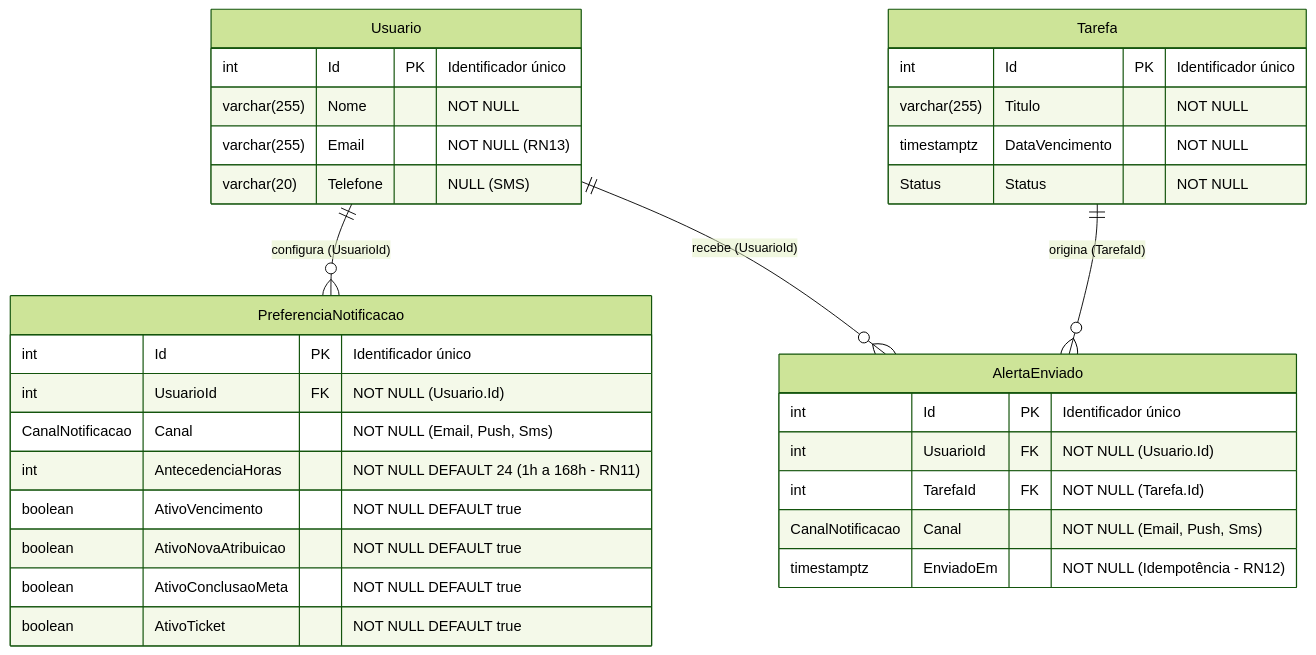
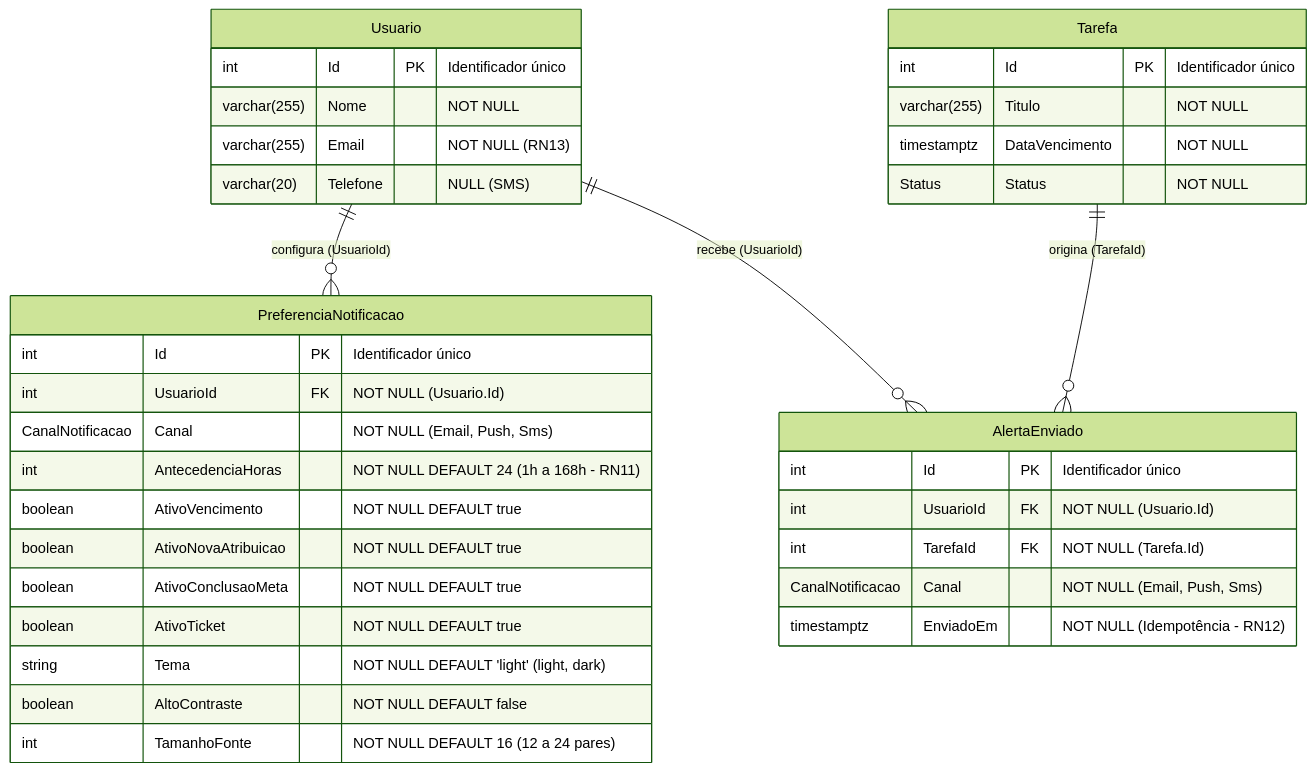
Diagram 38 of 38 in DIAGRAMAS.md (aikovlr/Cortex-backend), drawn with Mermaid (forest theme) before and after one commit. The commit also changed other lines of this file and 30 other files, not shown here.

````diff
--- a/DIAGRAMAS.md
+++ b/DIAGRAMAS.md
@@ -2429,39 +2646,42 @@
 ```mermaid
 erDiagram
     Usuario ||--o{ PreferenciaNotificacao : "configura (UsuarioId)"
     Usuario ||--o{ AlertaEnviado : "recebe (UsuarioId)"
     Tarefa ||--o{ AlertaEnviado : "origina (TarefaId)"
 
     Usuario {
         int Id PK "Identificador único"
         varchar(255) Nome "NOT NULL"
         varchar(255) Email "NOT NULL (RN13)"
         varchar(20) Telefone "NULL (SMS)"
     }
 
     Tarefa {
         int Id PK "Identificador único"
         varchar(255) Titulo "NOT NULL"
         timestamptz DataVencimento "NOT NULL"
         Status Status "NOT NULL"
     }
 
     PreferenciaNotificacao {
         int Id PK "Identificador único"
         int UsuarioId FK "NOT NULL (Usuario.Id)"
         CanalNotificacao Canal "NOT NULL (Email, Push, Sms)"
         int AntecedenciaHoras "NOT NULL DEFAULT 24 (1h a 168h - RN11)"
         boolean AtivoVencimento "NOT NULL DEFAULT true"
         boolean AtivoNovaAtribuicao "NOT NULL DEFAULT true"
         boolean AtivoConclusaoMeta "NOT NULL DEFAULT true"
         boolean AtivoTicket "NOT NULL DEFAULT true"
+        string Tema "NOT NULL DEFAULT 'light' (light, dark)"
+        boolean AltoContraste "NOT NULL DEFAULT false"
+        int TamanhoFonte "NOT NULL DEFAULT 16 (12 a 24 pares)"
     }
 
     AlertaEnviado {
         int Id PK "Identificador único"
         int UsuarioId FK "NOT NULL (Usuario.Id)"
         int TarefaId FK "NOT NULL (Tarefa.Id)"
         CanalNotificacao Canal "NOT NULL (Email, Push, Sms)"
         timestamptz EnviadoEm "NOT NULL (Idempotência - RN12)"
     }
 ```
````
